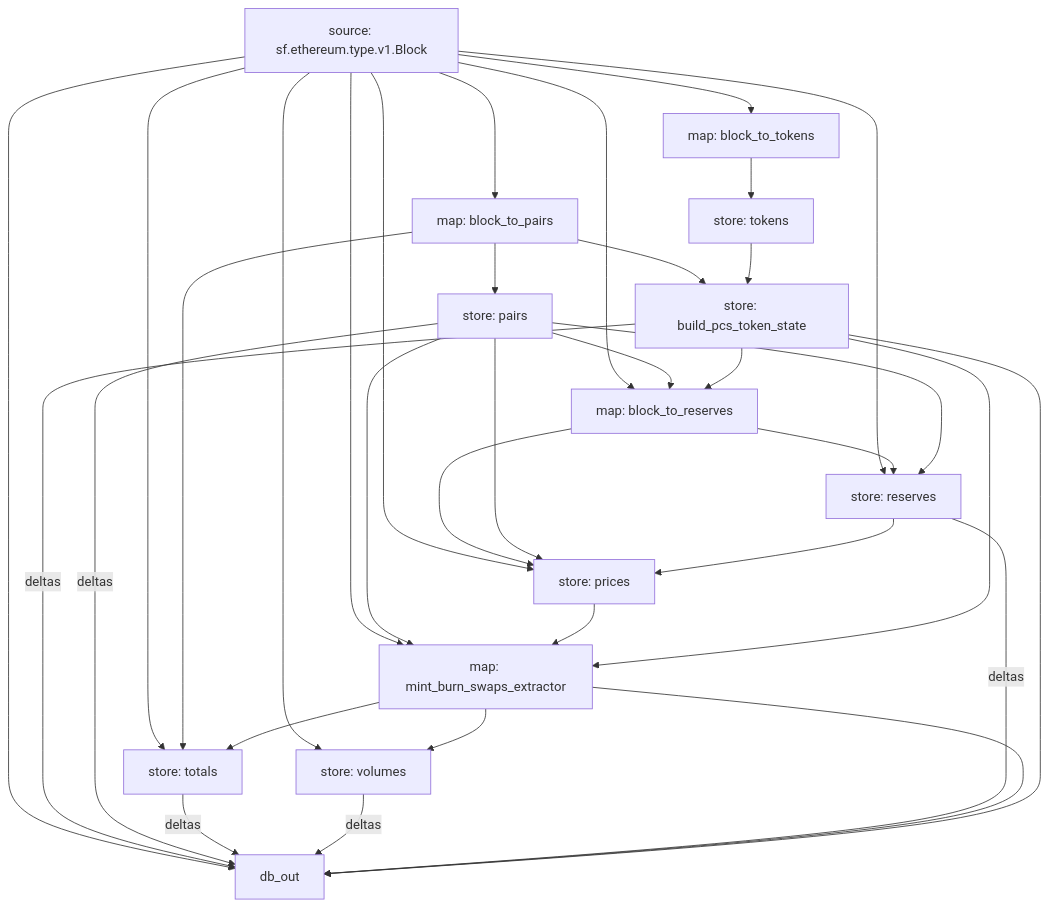
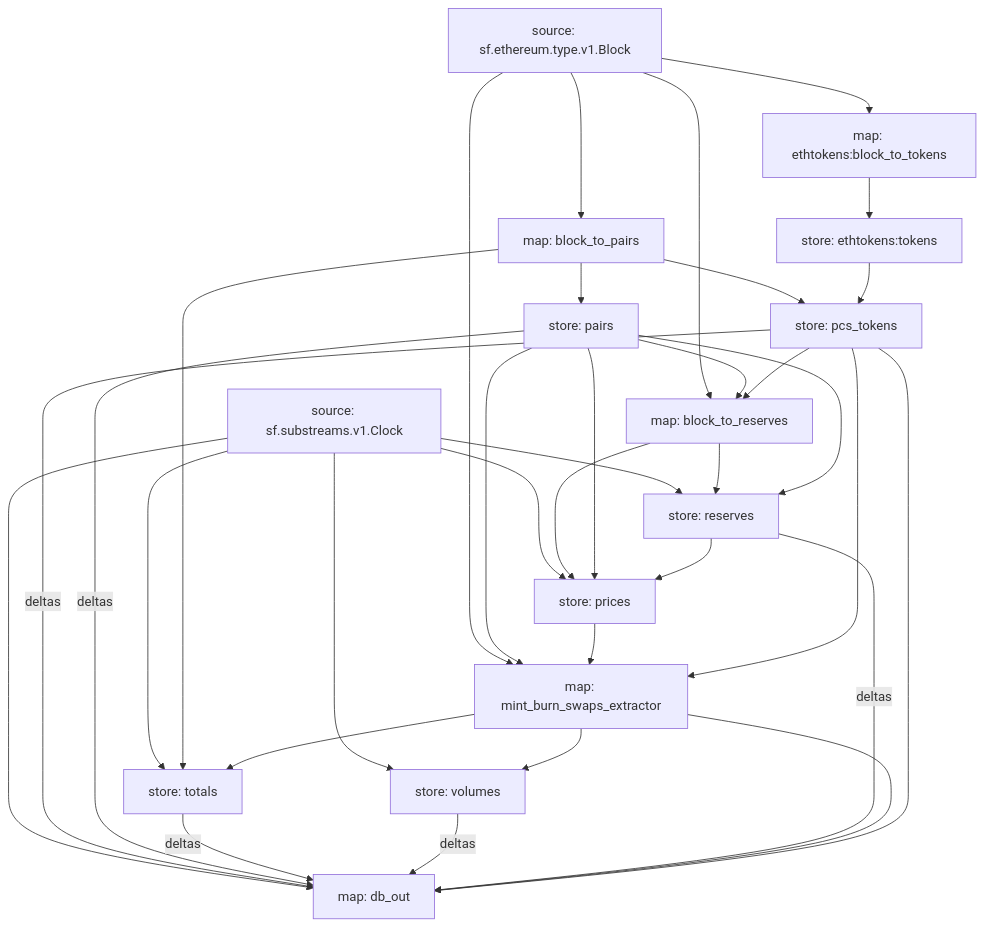
One commit to streamingfast/substreams-playground changed the diagram in modules/pancakeswap/README.md. Above: the diagram before and after it, drawn with Mermaid.

````diff
--- a/modules/pancakeswap/README.md
+++ b/modules/pancakeswap/README.md
@@ -22,37 +22,49 @@
 ```mermaid
 
 graph TD;
+  block_to_pairs[map: block_to_pairs]
   sf.ethereum.type.v1.Block[source: sf.ethereum.type.v1.Block] --> block_to_pairs
-  block_to_pairs[map: block_to_pairs] --> pairs
+  pairs[store: pairs]
+  block_to_pairs --> pairs
+  pcs_tokens[store: pcs_tokens]
+  block_to_pairs --> pcs_tokens
+  ethtokens:tokens --> pcs_tokens
+  block_to_reserves[map: block_to_reserves]
   sf.ethereum.type.v1.Block[source: sf.ethereum.type.v1.Block] --> block_to_reserves
-  pairs[store: pairs] --> block_to_reserves
-  build_pcs_token_state[store: build_pcs_token_state] --> block_to_reserves
-  sf.ethereum.type.v1.Block[source: sf.ethereum.type.v1.Block] --> reserves
-  block_to_reserves[map: block_to_reserves] --> reserves
-  pairs[store: pairs] --> reserves
-  sf.ethereum.type.v1.Block[source: sf.ethereum.type.v1.Block] --> prices
-  block_to_reserves[map: block_to_reserves] --> prices
-  pairs[store: pairs] --> prices
-  reserves[store: reserves] --> prices
+  pairs --> block_to_reserves
+  pcs_tokens --> block_to_reserves
+  reserves[store: reserves]
+  sf.substreams.v1.Clock[source: sf.substreams.v1.Clock] --> reserves
+  block_to_reserves --> reserves
+  pairs --> reserves
+  prices[store: prices]
+  sf.substreams.v1.Clock[source: sf.substreams.v1.Clock] --> prices
+  block_to_reserves --> prices
+  pairs --> prices
+  reserves --> prices
+  mint_burn_swaps_extractor[map: mint_burn_swaps_extractor]
   sf.ethereum.type.v1.Block[source: sf.ethereum.type.v1.Block] --> mint_burn_swaps_extractor
-  pairs[store: pairs] --> mint_burn_swaps_extractor
-  prices[store: prices] --> mint_burn_swaps_extractor
-  build_pcs_token_state[store: build_pcs_token_state] --> mint_burn_swaps_extractor
-  sf.ethereum.type.v1.Block[source: sf.ethereum.type.v1.Block] --> totals
-  block_to_pairs[map: block_to_pairs] --> totals
-  mint_burn_swaps_extractor[map: mint_burn_swaps_extractor] --> totals
-  sf.ethereum.type.v1.Block[source: sf.ethereum.type.v1.Block] --> volumes
-  mint_burn_swaps_extractor[map: mint_burn_swaps_extractor] --> volumes
-  sf.ethereum.type.v1.Block[source: sf.ethereum.type.v1.Block] --> block_to_tokens
-  block_to_tokens[map: block_to_tokens] --> tokens
-  block_to_pairs[map: block_to_pairs] --> build_pcs_token_state
-  tokens[store: tokens] --> build_pcs_token_state
-  sf.ethereum.type.v1.Block[source: sf.ethereum.type.v1.Block] --> db_out
-  build_pcs_token_state[store: build_pcs_token_state] -- "deltas" --> db_out
-  pairs[store: pairs] -- "deltas" --> db_out
-  totals[store: totals] -- "deltas" --> db_out
-  volumes[store: volumes] -- "deltas" --> db_out
-  reserves[store: reserves] -- "deltas" --> db_out
-  mint_burn_swaps_extractor[map: mint_burn_swaps_extractor] --> db_out
-  build_pcs_token_state[store: build_pcs_token_state] --> db_out
+  pairs --> mint_burn_swaps_extractor
+  prices --> mint_burn_swaps_extractor
+  pcs_tokens --> mint_burn_swaps_extractor
+  totals[store: totals]
+  sf.substreams.v1.Clock[source: sf.substreams.v1.Clock] --> totals
+  block_to_pairs --> totals
+  mint_burn_swaps_extractor --> totals
+  volumes[store: volumes]
+  sf.substreams.v1.Clock[source: sf.substreams.v1.Clock] --> volumes
+  mint_burn_swaps_extractor --> volumes
+  db_out[map: db_out]
+  sf.substreams.v1.Clock[source: sf.substreams.v1.Clock] --> db_out
+  pcs_tokens -- deltas --> db_out
+  pairs -- deltas --> db_out
+  totals -- deltas --> db_out
+  volumes -- deltas --> db_out
+  reserves -- deltas --> db_out
+  mint_burn_swaps_extractor --> db_out
+  pcs_tokens --> db_out
+  ethtokens:block_to_tokens[map: ethtokens:block_to_tokens]
+  sf.ethereum.type.v1.Block[source: sf.ethereum.type.v1.Block] --> ethtokens:block_to_tokens
+  ethtokens:tokens[store: ethtokens:tokens]
+  ethtokens:block_to_tokens --> ethtokens:tokens
   ```
````
